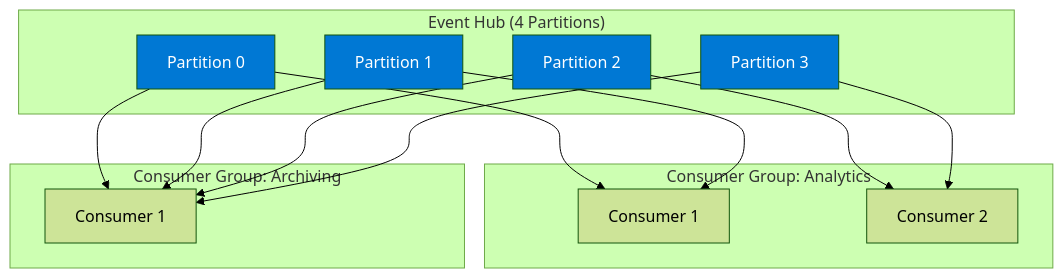
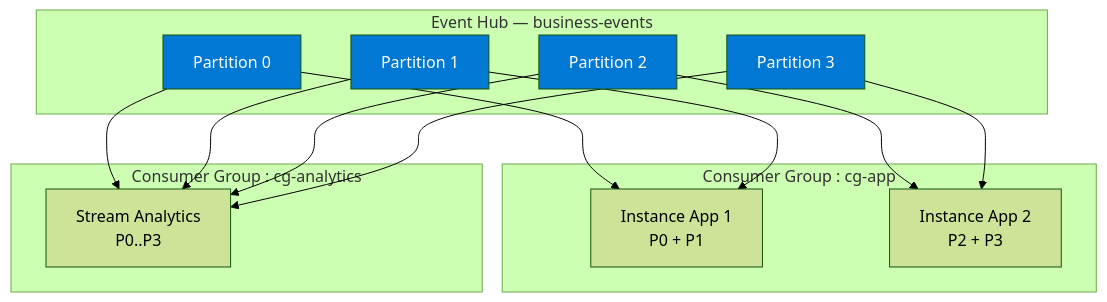
The second of 3 diagrams in docs/03-event-hubs-advanced.md (Ch0wseth/EventDriven_Workshop), drawn with Mermaid (forest theme) before and after one commit. The commit also changed other lines of this file and 3 other files, not shown here.

Commit message:
Remove deep dive module from the event hubs section in app.js

````diff
--- a/docs/03-event-hubs-advanced.md
+++ b/docs/03-event-hubs-advanced.md
@@ -46,33 +291,33 @@
 ```mermaid
 graph TB
-    subgraph "Event Hub (4 Partitions)"
+    subgraph "Event Hub — business-events"
         P0[Partition 0]
         P1[Partition 1]
         P2[Partition 2]
         P3[Partition 3]
     end
-    
-    subgraph "Consumer Group: Analytics"
-        C1A[Consumer 1]
-        C2A[Consumer 2]
+
+    subgraph "Consumer Group : cg-app"
+        A1[Instance App 1\nP0 + P1]
+        A2[Instance App 2\nP2 + P3]
     end
-    
-    subgraph "Consumer Group: Archiving"
-        C1B[Consumer 1]
+
+    subgraph "Consumer Group : cg-analytics"
+        B1[Stream Analytics\nP0..P3]
     end
-    
-    P0 --> C1A
-    P1 --> C1A
-    P2 --> C2A
-    P3 --> C2A
-    
-    P0 --> C1B
-    P1 --> C1B
-    P2 --> C1B
-    P3 --> C1B
-    
+
+    P0 --> A1
+    P1 --> A1
+    P2 --> A2
+    P3 --> A2
+
+    P0 --> B1
+    P1 --> B1
+    P2 --> B1
+    P3 --> B1
+
     style P0 fill:#0078d4,color:#fff
     style P1 fill:#0078d4,color:#fff
     style P2 fill:#0078d4,color:#fff
     style P3 fill:#0078d4,color:#fff
 ```
````
